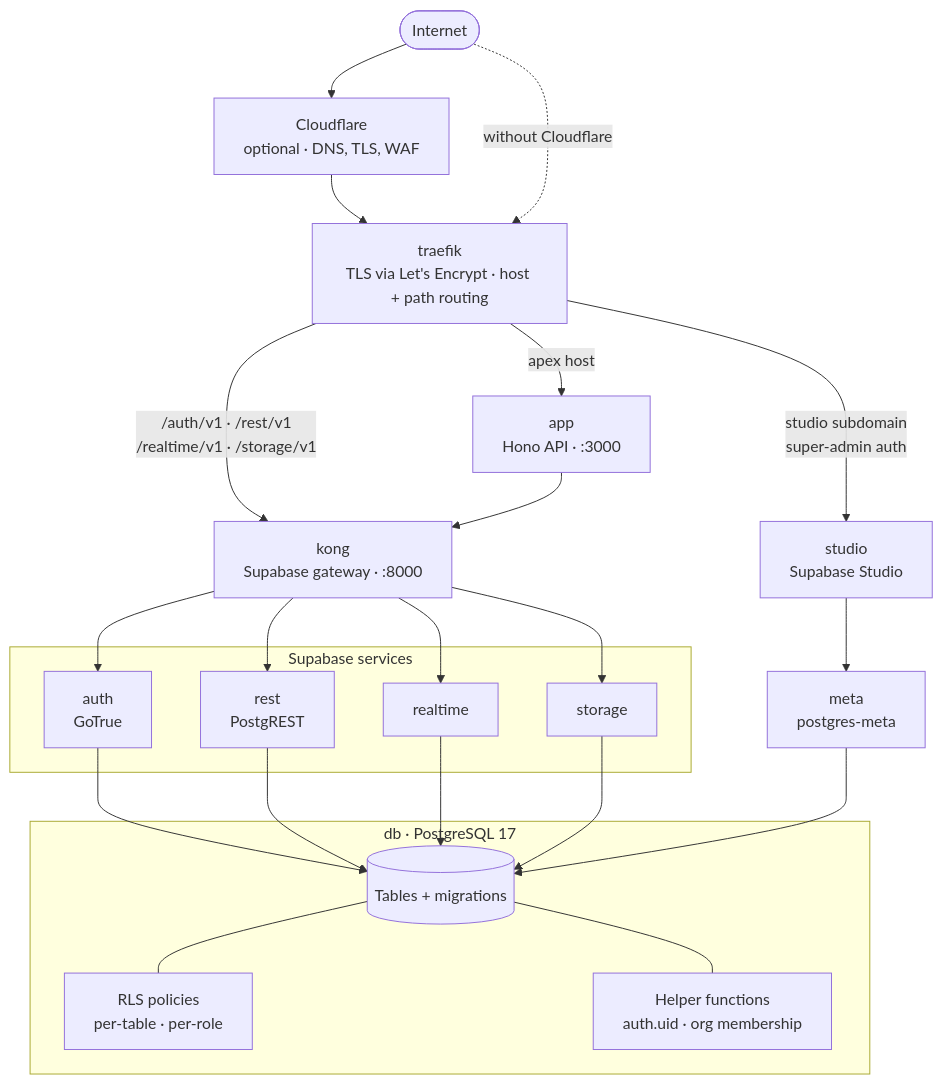
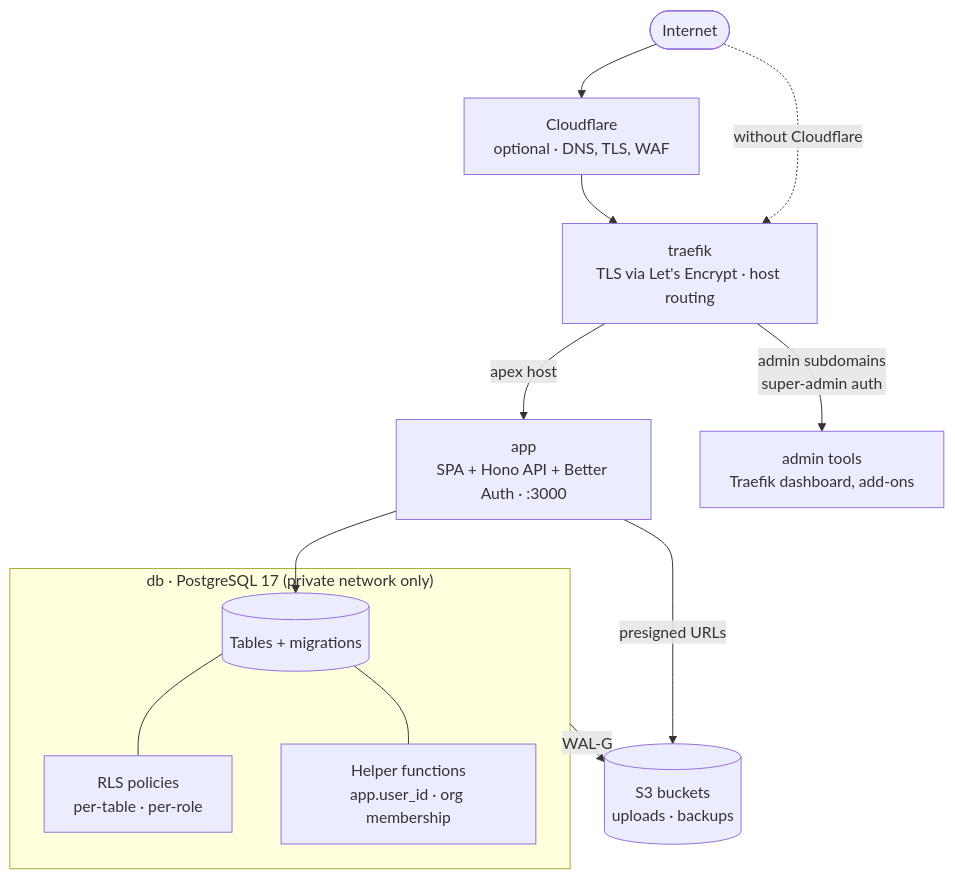
Before and after one commit to hyperformant/vibecarbon: the diagram in carbon/README.md, drawn with Mermaid. The commit also changed other lines of this file and 794 other files, not shown here.

````diff
--- a/carbon/README.md
+++ b/carbon/README.md
@@ -42,43 +41,25 @@
 ```mermaid
 flowchart TD
     NET(["Internet"])
     CF["Cloudflare<br/>optional · DNS, TLS, WAF"]
-    TR["traefik<br/>TLS via Let's Encrypt · host + path routing"]
+    TR["traefik<br/>TLS via Let's Encrypt · host routing"]
 
     NET --> CF
     CF --> TR
     NET -.->|"without Cloudflare"| TR
 
-    TR -->|"apex host"| APP["app<br/>Hono API · :3000"]
-    TR -->|"/auth/v1 · /rest/v1<br/>/realtime/v1 · /storage/v1"| KONG["kong<br/>Supabase gateway · :8000"]
-    TR -->|"studio subdomain<br/>super-admin auth"| STUDIO["studio<br/>Supabase Studio"]
+    TR -->|"apex host"| APP["app<br/>SPA + Hono API + Better Auth · :3000"]
+    TR -->|"admin subdomains<br/>super-admin auth"| ADMIN["admin tools<br/>Traefik dashboard, add-ons"]
+    APP -->|"presigned URLs"| S3[("S3 buckets<br/>uploads · backups")]
 
-    APP --> KONG
-
-    subgraph SUPA["Supabase services"]
-        AUTH["auth<br/>GoTrue"]
-        REST["rest<br/>PostgREST"]
-        RT["realtime"]
-        STORE["storage"]
-    end
-
-    KONG --> AUTH
-    KONG --> REST
-    KONG --> RT
-    KONG --> STORE
-    STUDIO --> META["meta<br/>postgres-meta"]
-
-    subgraph PG["db · PostgreSQL 17"]
+    subgraph PG["db · PostgreSQL 17 (private network only)"]
         DB[("Tables + migrations")]
         RLS["RLS policies<br/>per-table · per-role"]
-        FN["Helper functions<br/>auth.uid · org membership"]
+        FN["Helper functions<br/>app.user_id · org membership"]
         DB --- RLS
         DB --- FN
     end
 
-    AUTH --> DB
-    REST --> DB
-    RT --> DB
-    STORE --> DB
-    META --> DB
+    APP --> DB
+    PG -->|"WAL-G"| S3
 ```
````
